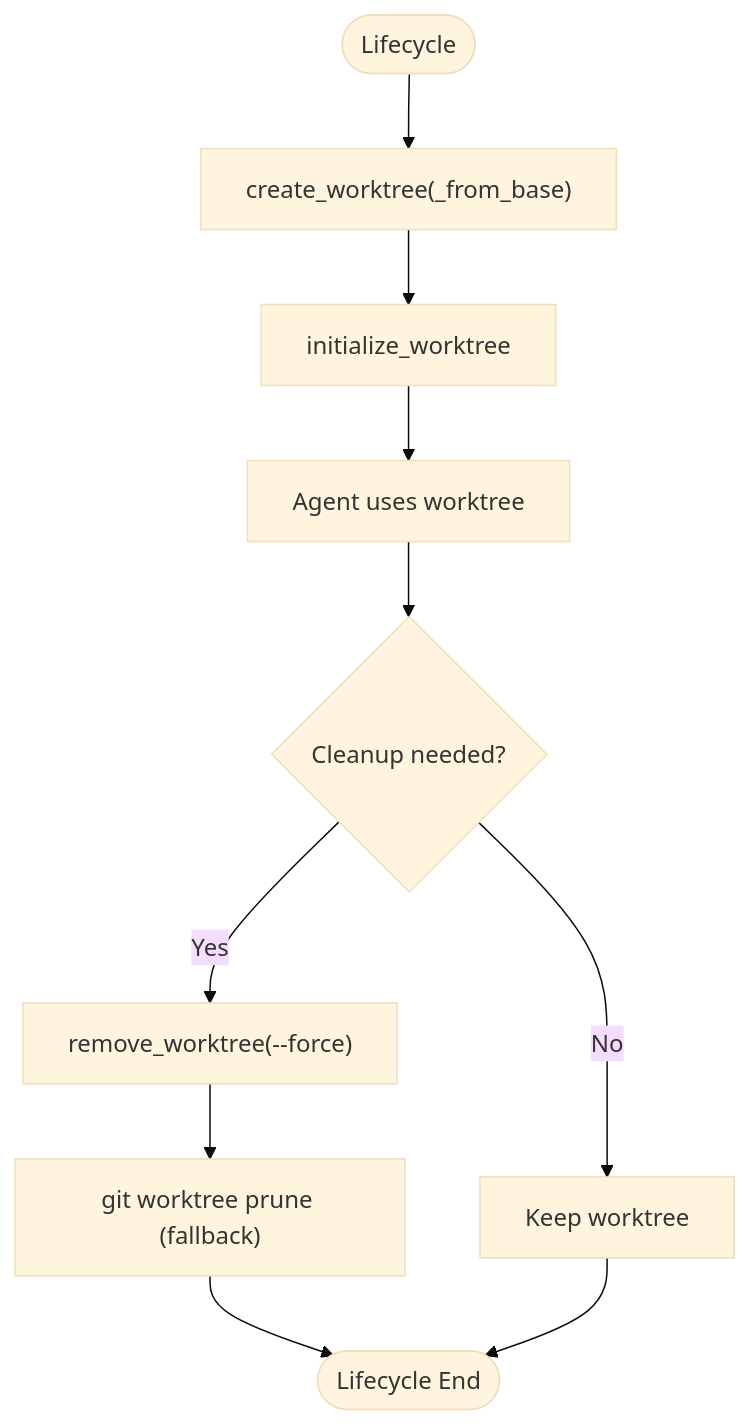
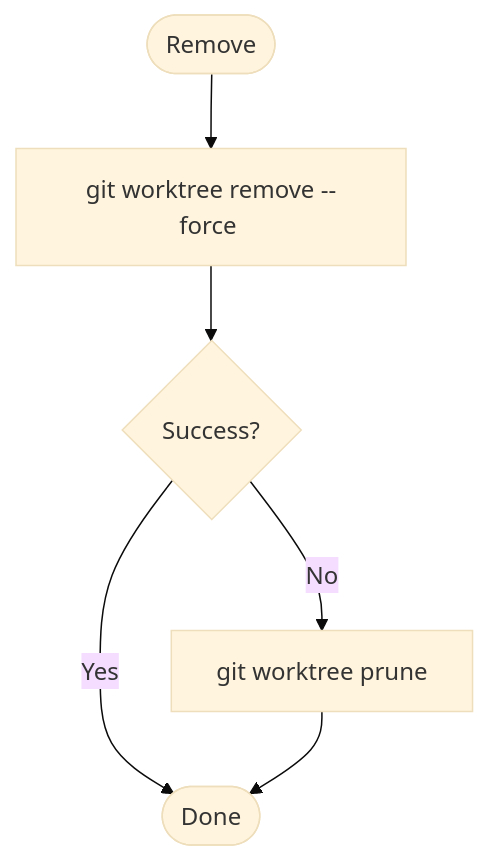
One commit to bramburn/agtx changed the fifth of 10 diagrams in .qoder/repowiki/en/content/Git Integration/Worktree Management.md. Above: the diagram before and after it, drawn with Mermaid (base theme). The commit also changed other lines of this file and 140 other files, not shown here.

````diff
--- a/.qoder/repowiki/en/content/Git Integration/Worktree Management.md
+++ b/.qoder/repowiki/en/content/Git Integration/Worktree Management.md
@@ -191,12 +213,8 @@
 ```mermaid
 flowchart TD
-LStart(["Lifecycle"]) --> Create["create_worktree(_from_base)"]
-Create --> Init["initialize_worktree"]
-Init --> Use["Agent uses worktree"]
-Use --> Cleanup{"Cleanup needed?"}
-Cleanup --> |Yes| Remove["remove_worktree(--force)"]
-Cleanup --> |No| Keep["Keep worktree"]
-Remove --> Prune["git worktree prune (fallback)"]
-Prune --> LEnd(["Lifecycle End"])
-Keep --> LEnd
+RemoveStart([Remove]) --> RemoveCmd["git worktree remove --force <path>"]
+RemoveCmd --> Removed{"Success?"}
+Removed --> |Yes| Done([Done])
+Removed --> |No| Prune["git worktree prune"]
+Prune --> Done
 ```
````
